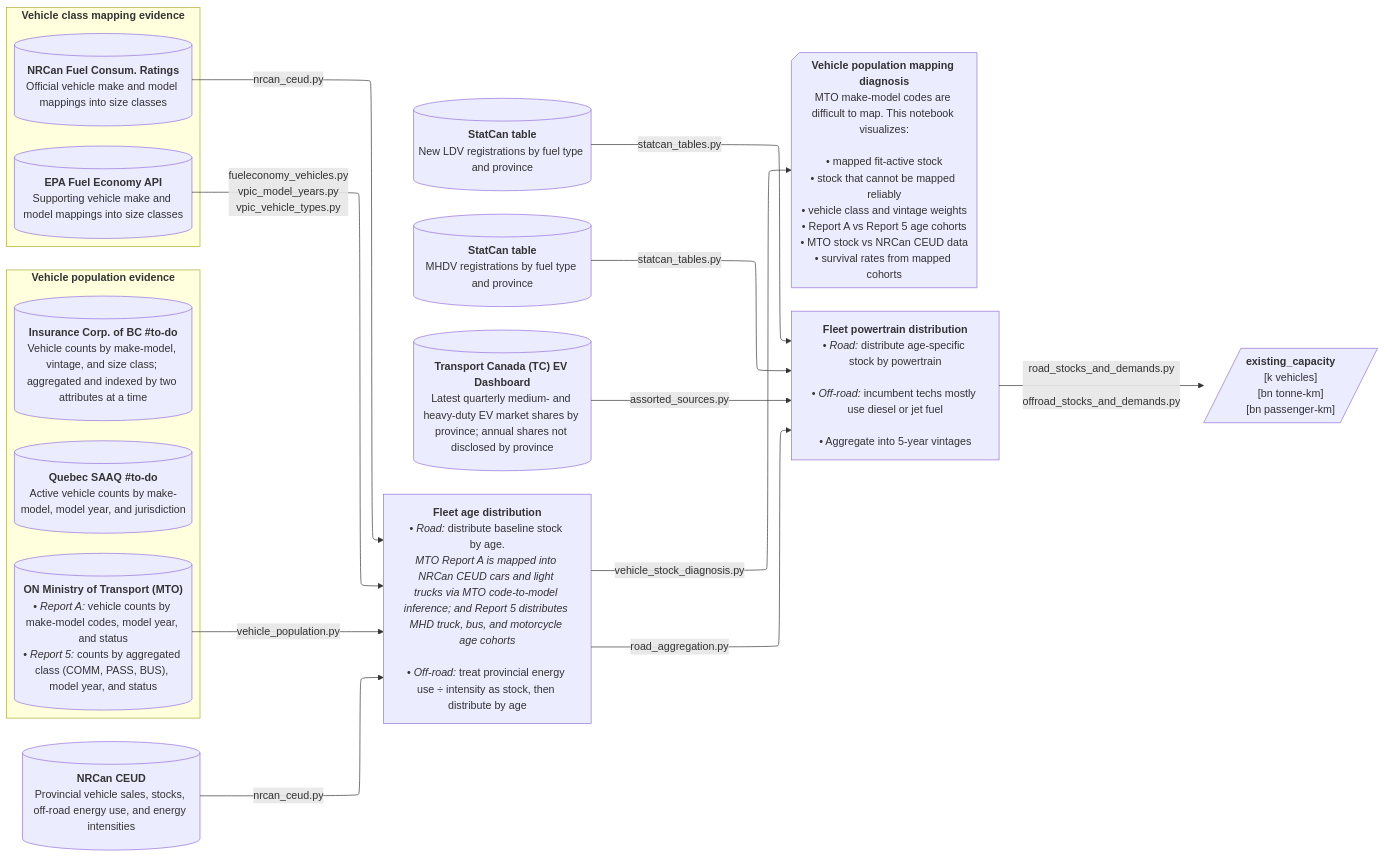
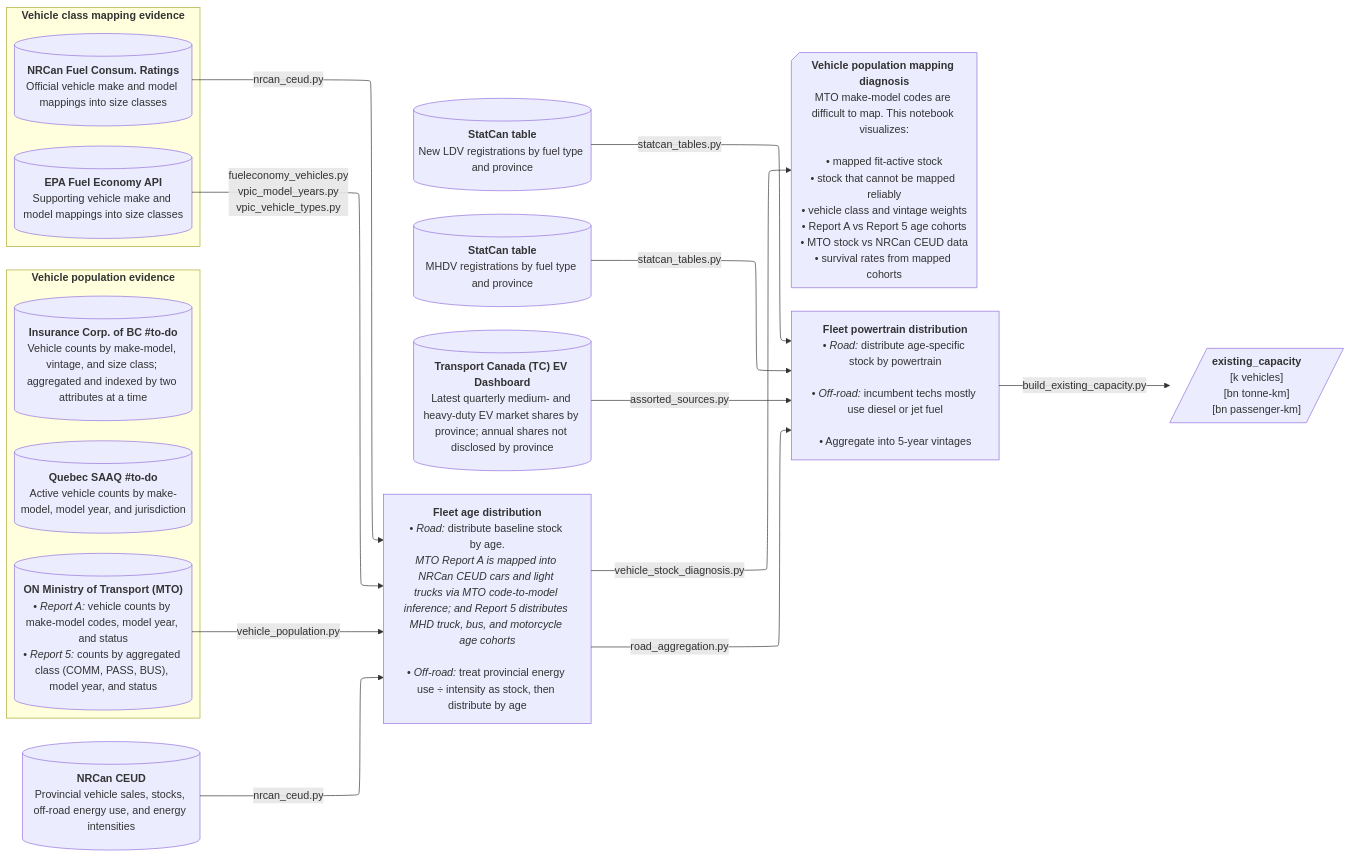
One commit to CANOE-main/canoe-transportation changed the second of 12 diagrams in docs/etl_flowcharts.md. Above: the diagram before and after it, drawn with Mermaid. The commit also changed other lines of this file and 5 other files, not shown here.

```diff
--- a/docs/etl_flowcharts.md
+++ b/docs/etl_flowcharts.md
@@ -141,8 +141,7 @@
   s5 -- statcan_tables.py --> p2
   s6 -- assorted_sources.py --> p2
 
-  p2 -- road_stocks_and_demands.py
-  offroad_stocks_and_demands.py --> o1[/"`**existing_capacity**
+  p2 -- build_existing_capacity.py --> o1[/"`**existing_capacity**
     [k vehicles]
     [bn tonne-km]
     [bn passenger-km]`"/]
```
